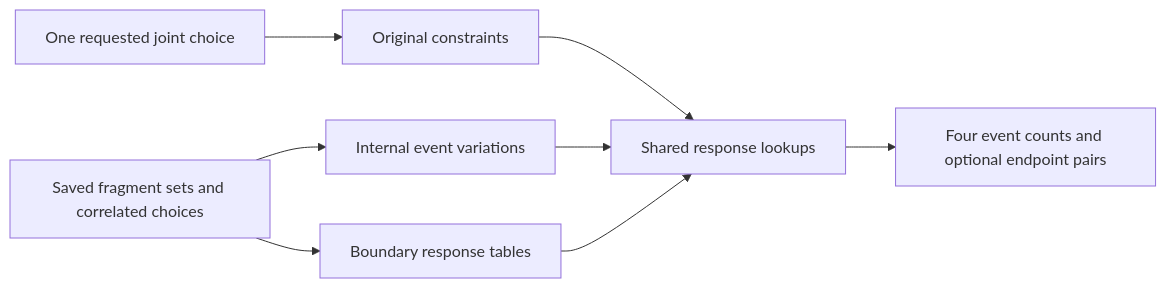
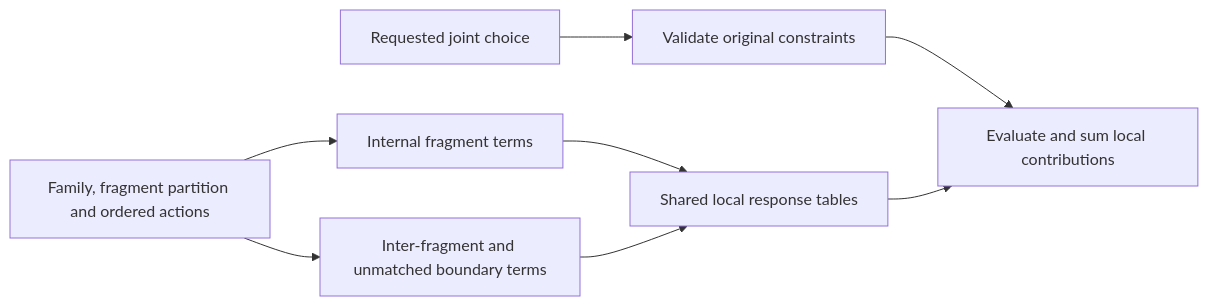
One commit to yunhzou/MAPPA-AAM changed the second of 3 diagrams in design.md. Above: the diagram before and after it, drawn with Mermaid. The commit also changed other lines of this file, not shown here.

First line of the commit message:
docs: define matching reduction and local event decoding stages

````diff
--- a/design.md
+++ b/design.md
@@ -322,10 +143,10 @@
 ```mermaid
 flowchart LR
-    Saved[Saved fragment sets and correlated choices] --> Internal[Internal event variations]
-    Saved --> Boundary[Boundary response tables]
-    Choice[One requested joint choice] --> Check[Original constraints]
-    Check --> Lookup[Shared response lookups]
-    Internal --> Lookup
-    Boundary --> Lookup
-    Lookup --> Sum[Four event counts and optional endpoint pairs]
+    Family[Family, fragment partition and ordered actions] --> Internal[Internal fragment terms]
+    Family --> Boundary[Inter-fragment and unmatched boundary terms]
+    Internal --> Tables[Shared local response tables]
+    Boundary --> Tables
+    Choice[Requested joint choice] --> Constraints[Validate original constraints]
+    Constraints --> Sum[Evaluate and sum local contributions]
+    Tables --> Sum
 ```
````
